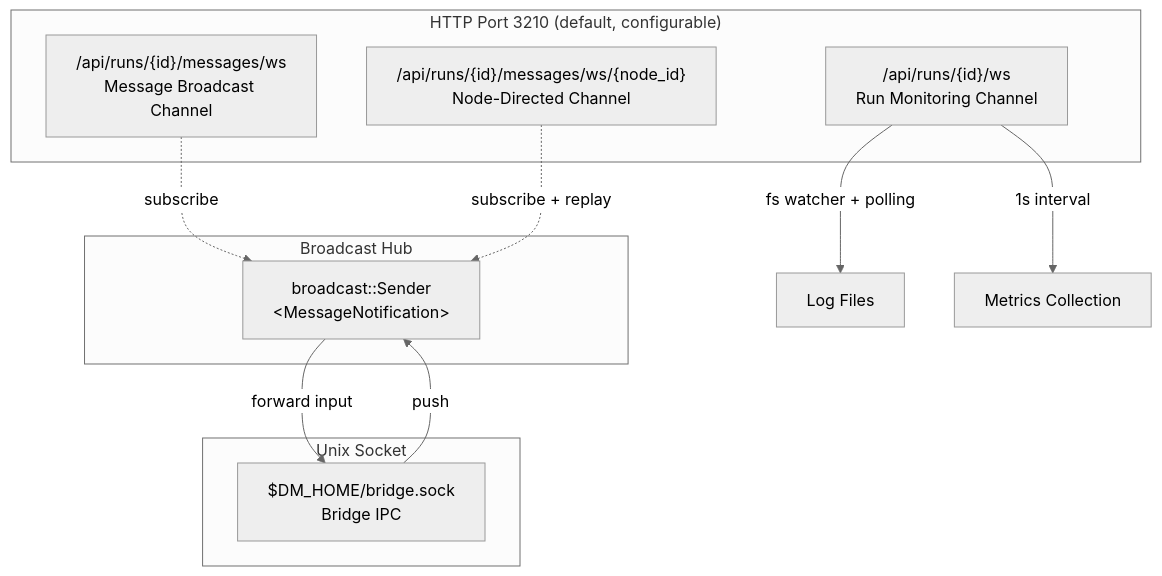
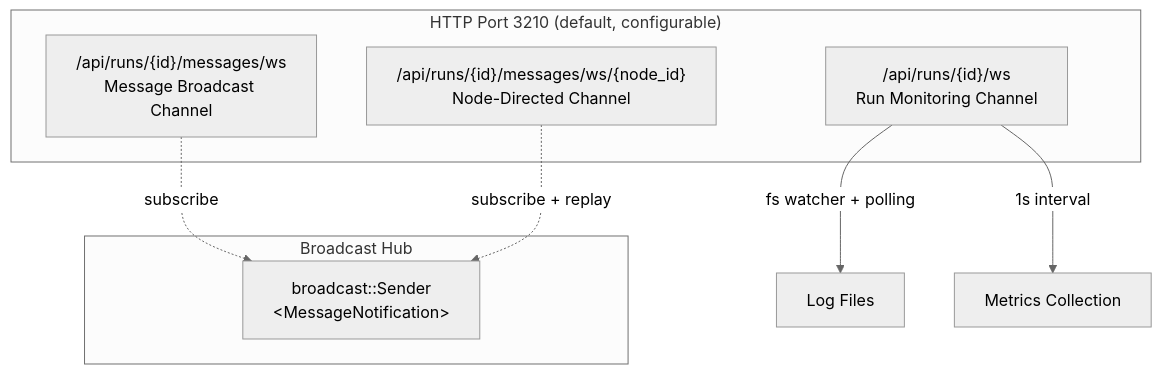
One commit to l1veIn/dora-manager changed the second of 2 diagrams in wiki/zh/en/15-http-api.md. Above: the diagram before and after it, drawn with Mermaid (neutral theme). The commit also changed other lines of this file and 29 other files, not shown here.

First line of the commit message:
docs: remove bridge references from wiki, update for SDK architecture

````diff
--- a/wiki/zh/en/15-http-api.md
+++ b/wiki/zh/en/15-http-api.md
@@ -204,24 +204,18 @@
 ```mermaid
 graph TB
     subgraph "HTTP Port 3210 (default, configurable)"
         WS_Run["/api/runs/{id}/ws<br/>Run Monitoring Channel"]
         WS_Msg["/api/runs/{id}/messages/ws<br/>Message Broadcast Channel"]
         WS_Node["/api/runs/{id}/messages/ws/{node_id}<br/>Node-Directed Channel"]
     end
 
-    subgraph "Unix Socket"
-        Bridge["$DM_HOME/bridge.sock<br/>Bridge IPC"]
-    end
-
     subgraph "Broadcast Hub"
         BC["broadcast::Sender<br/>&lt;MessageNotification&gt;"]
     end
 
     WS_Msg -.->|subscribe| BC
     WS_Node -.->|subscribe + replay| BC
-    Bridge -->|push| BC
-    BC -->|forward input| Bridge
 
     WS_Run -->|fs watcher + polling| Logs["Log Files"]
     WS_Run -->|1s interval| Metrics["Metrics Collection"]
 ```
````
